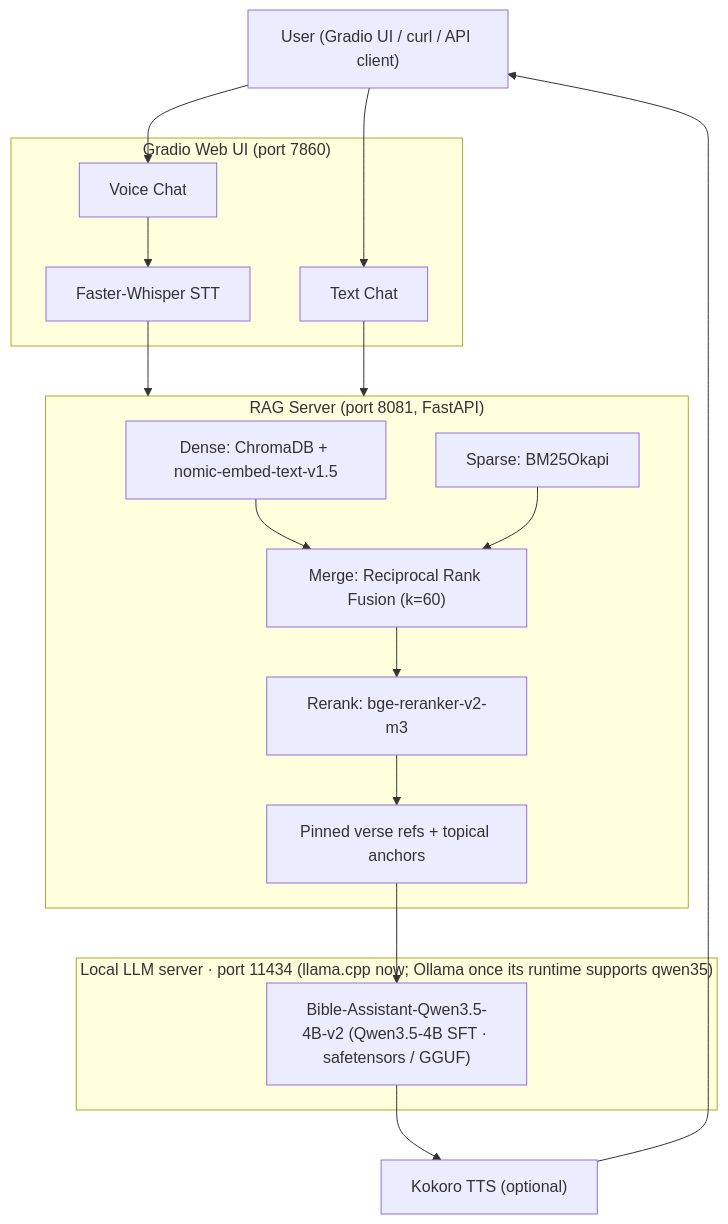
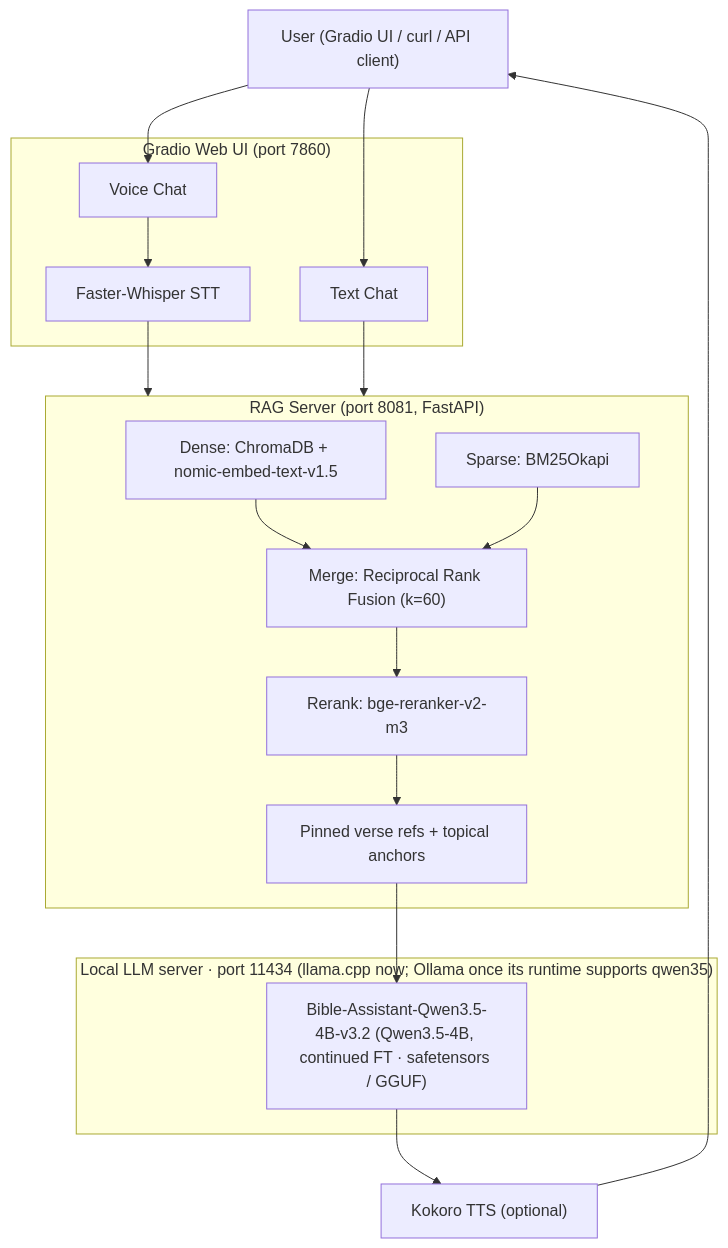
One commit to t-timms/bible-ai-assistant changed the diagram in README.md. Above: the diagram before and after it, drawn with Mermaid. The commit also changed other lines of this file and 6 other files, not shown here.

````diff
--- a/README.md
+++ b/README.md
@@ -37,39 +37,39 @@
 ```mermaid
 graph TD
     User["User (Gradio UI / curl / API client)"]
 
     subgraph UI ["Gradio Web UI (port 7860)"]
         TextChat["Text Chat"]
         VoiceChat["Voice Chat"]
         STT["Faster-Whisper STT"]
     end
 
     subgraph RAG ["RAG Server (port 8081, FastAPI)"]
         Dense["Dense: ChromaDB + nomic-embed-text-v1.5"]
         Sparse["Sparse: BM25Okapi"]
         RRF["Merge: Reciprocal Rank Fusion (k=60)"]
         Rerank["Rerank: bge-reranker-v2-m3"]
         Pinned["Pinned verse refs + topical anchors"]
     end
 
     subgraph LLM ["Local LLM server · port 11434 (llama.cpp now; Ollama once its runtime supports qwen35)"]
-        Model["Bible-Assistant-Qwen3.5-4B-v2 (Qwen3.5-4B SFT · safetensors / GGUF)"]
+        Model["Bible-Assistant-Qwen3.5-4B-v3.2 (Qwen3.5-4B, continued FT · safetensors / GGUF)"]
     end
 
     TTS["Kokoro TTS (optional)"]
 
     User --> TextChat
     User --> VoiceChat
     VoiceChat --> STT
     STT --> RAG
     TextChat --> RAG
 
     Dense --> RRF
     Sparse --> RRF
     RRF --> Rerank
     Rerank --> Pinned
     Pinned --> Model
 
     Model --> TTS
     TTS --> User
 ```
````
